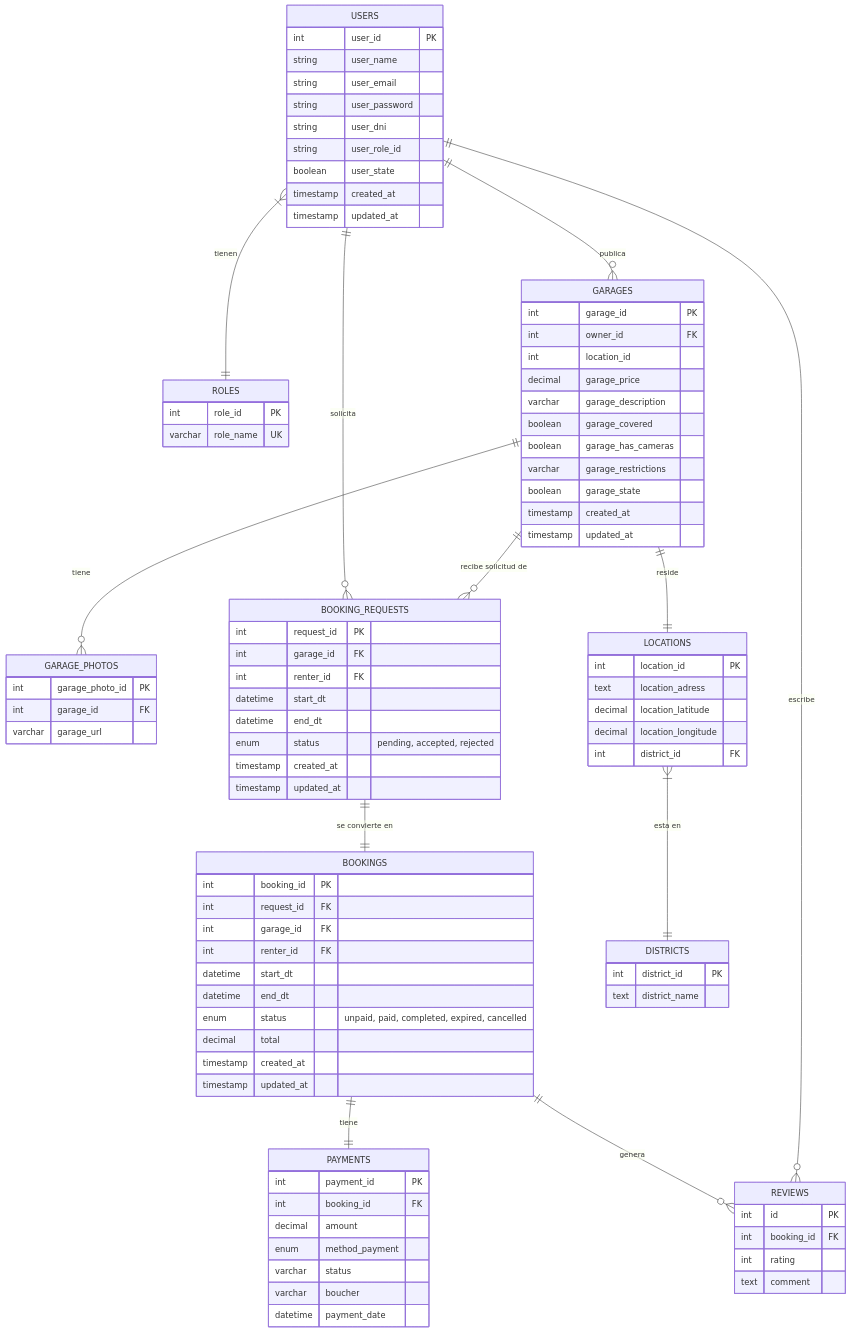
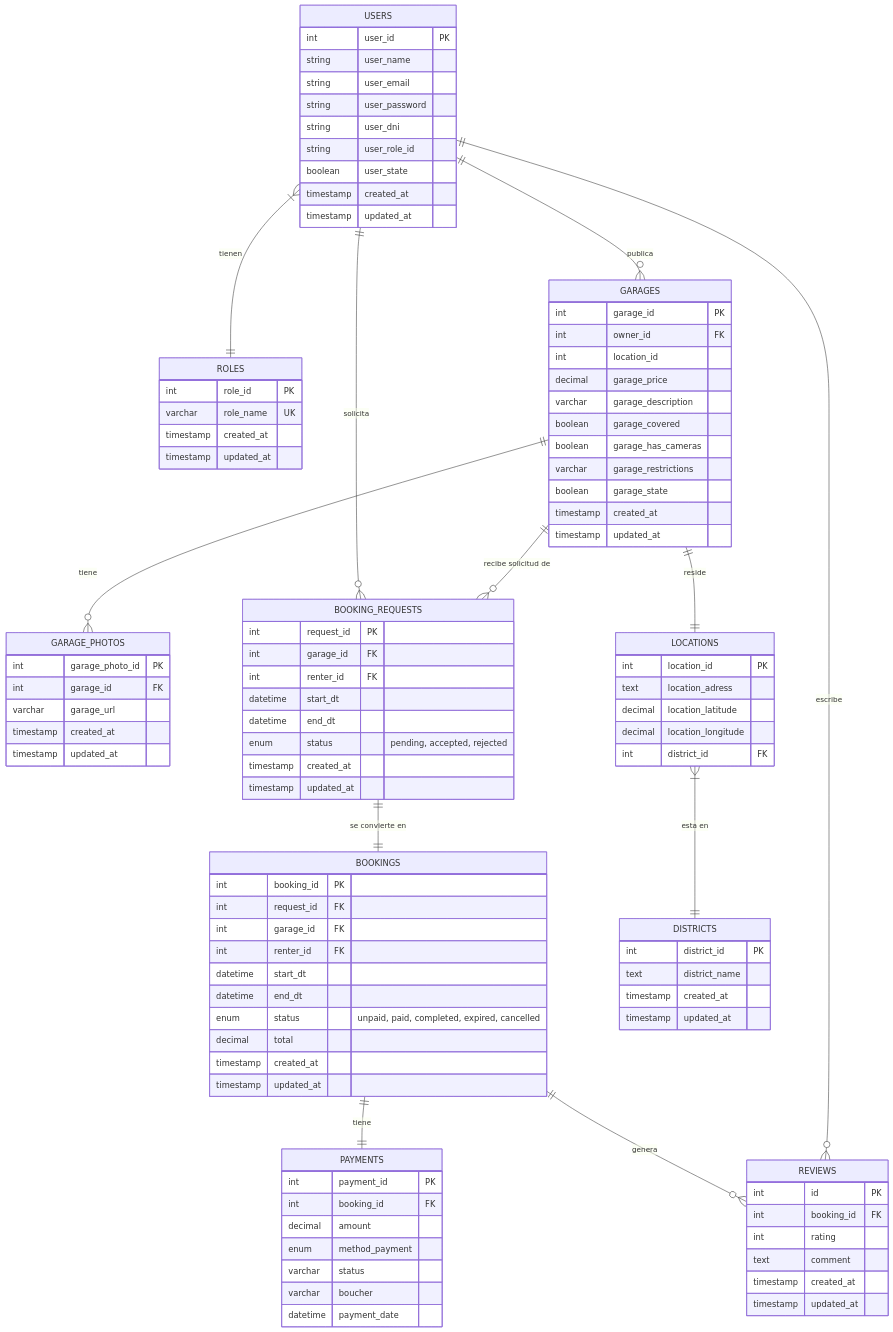
The diagram in docs/models/erd.mmd (BrayanYinLin/estaciona-ya), drawn with Mermaid before and after one commit. The commit also changed 5 other files, not shown here.

```diff
--- a/docs/models/erd.mmd
+++ b/docs/models/erd.mmd
@@ -1,106 +1,114 @@
 erDiagram
     USERS {
         int user_id PK
         string user_name
         string user_email
         string user_password
         string user_dni
         string user_role_id
         boolean user_state
         timestamp created_at
         timestamp updated_at
     }
 
     ROLES {
-       int role_id PK
-       varchar role_name UK
+        int role_id PK
+        varchar role_name UK
+        timestamp created_at
+        timestamp updated_at
     }
 
     GARAGES {
         int garage_id PK
         int owner_id FK
         int location_id
         decimal garage_price
         varchar garage_description
         boolean garage_covered
         boolean garage_has_cameras
         varchar garage_restrictions
         boolean garage_state
         timestamp created_at
         timestamp updated_at
     }
 
     GARAGE_PHOTOS {
         int garage_photo_id PK
         int garage_id FK
         varchar garage_url
+        timestamp created_at
+        timestamp updated_at
     }
 
     BOOKING_REQUESTS {
         int request_id PK
         int garage_id FK
         int renter_id FK
         datetime start_dt
         datetime end_dt
         enum status "pending, accepted, rejected"
         timestamp created_at
         timestamp updated_at
     }
 
     BOOKINGS {
         int booking_id PK
         int request_id FK
         int garage_id FK
         int renter_id FK
         datetime start_dt
         datetime end_dt
         enum status "unpaid, paid, completed, expired, cancelled"
         decimal total
         timestamp created_at
         timestamp updated_at
     }
 
     PAYMENTS {
         int payment_id PK
         int booking_id FK
         decimal amount
         enum method_payment
         varchar status
         varchar boucher
         datetime payment_date
     }
 
     REVIEWS {
         int id PK
         int booking_id FK
         int rating
         text comment
+        timestamp created_at
+        timestamp updated_at
     }
 
     DISTRICTS {
         int district_id PK
         text district_name
+        timestamp created_at
+        timestamp updated_at
     }
     
     LOCATIONS {
         int location_id PK
         text location_adress
         decimal location_latitude
         decimal location_longitude
         int district_id FK
     }
 
     USERS ||--o{ GARAGES : "publica"
     USERS ||--o{ BOOKING_REQUESTS : "solicita"
     USERS  }|--|| ROLES: "tienen"
     
     GARAGES ||--o{ BOOKING_REQUESTS : "recibe solicitud de"
     GARAGES ||--o{ GARAGE_PHOTOS : "tiene"
     GARAGES ||--|| LOCATIONS : "reside"
 
     BOOKING_REQUESTS ||--|| BOOKINGS : "se convierte en"
     
     BOOKINGS ||--|| PAYMENTS : "tiene"
     BOOKINGS ||--o{ REVIEWS : "genera"
     USERS ||--o{ REVIEWS : "escribe"
     LOCATIONS }|--|| DISTRICTS: "esta en"
```
